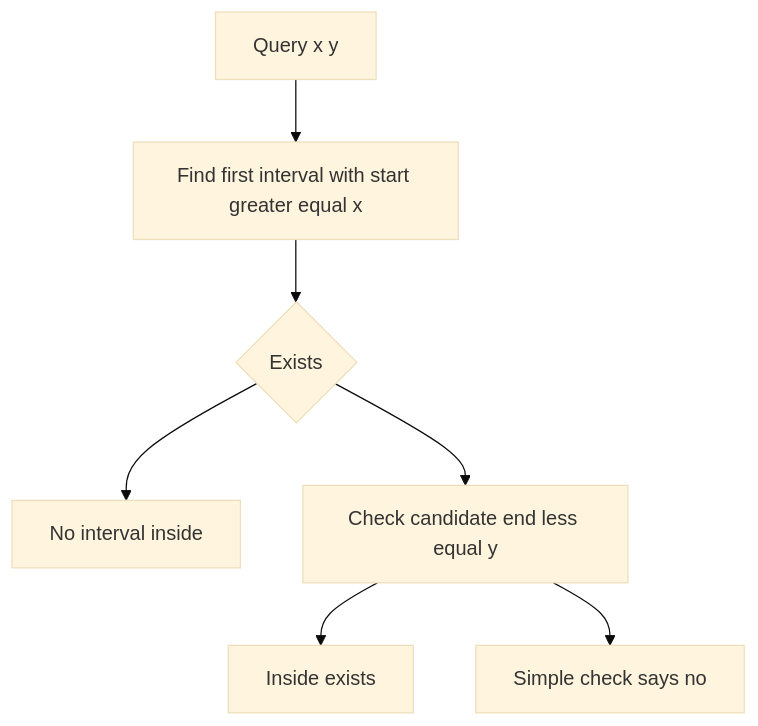
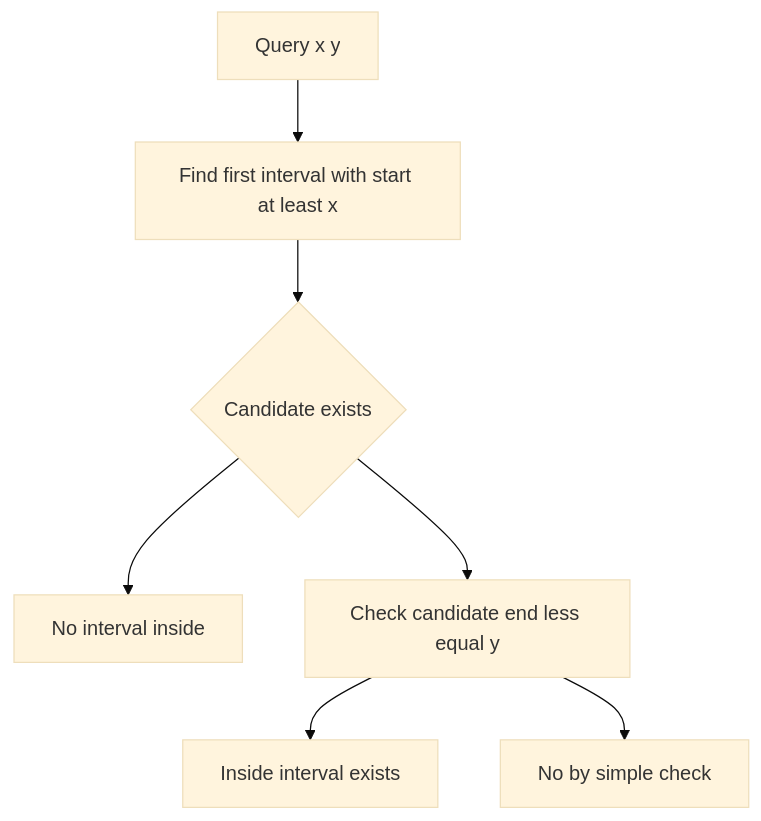
Diagram 18 of 27 in CP_DSA_NOTES/001_TOPIC_WISE/001_STL_RANGE_QUERY_SWEEPLINE.md (mthaiseer/springcloud-systemdesign-notes), drawn with Mermaid (base theme) before and after one commit. The commit also changed other lines of this file and 1 other file, not shown here.

````diff
--- a/CP_DSA_NOTES/001_TOPIC_WISE/001_STL_RANGE_QUERY_SWEEPLINE.md
+++ b/CP_DSA_NOTES/001_TOPIC_WISE/001_STL_RANGE_QUERY_SWEEPLINE.md
@@ -1195,9 +1227,9 @@
 ```mermaid
 flowchart TD
-    A["Query x y"] --> B["Find first interval with start greater equal x"]
-    B --> C{"Exists"}
+    A["Query x y"] --> B["Find first interval with start at least x"]
+    B --> C{"Candidate exists"}
     C --> D["No interval inside"]
     C --> E["Check candidate end less equal y"]
-    E --> F["Inside exists"]
-    E --> G["Simple check says no"]
+    E --> F["Inside interval exists"]
+    E --> G["No by simple check"]
 ```
````
